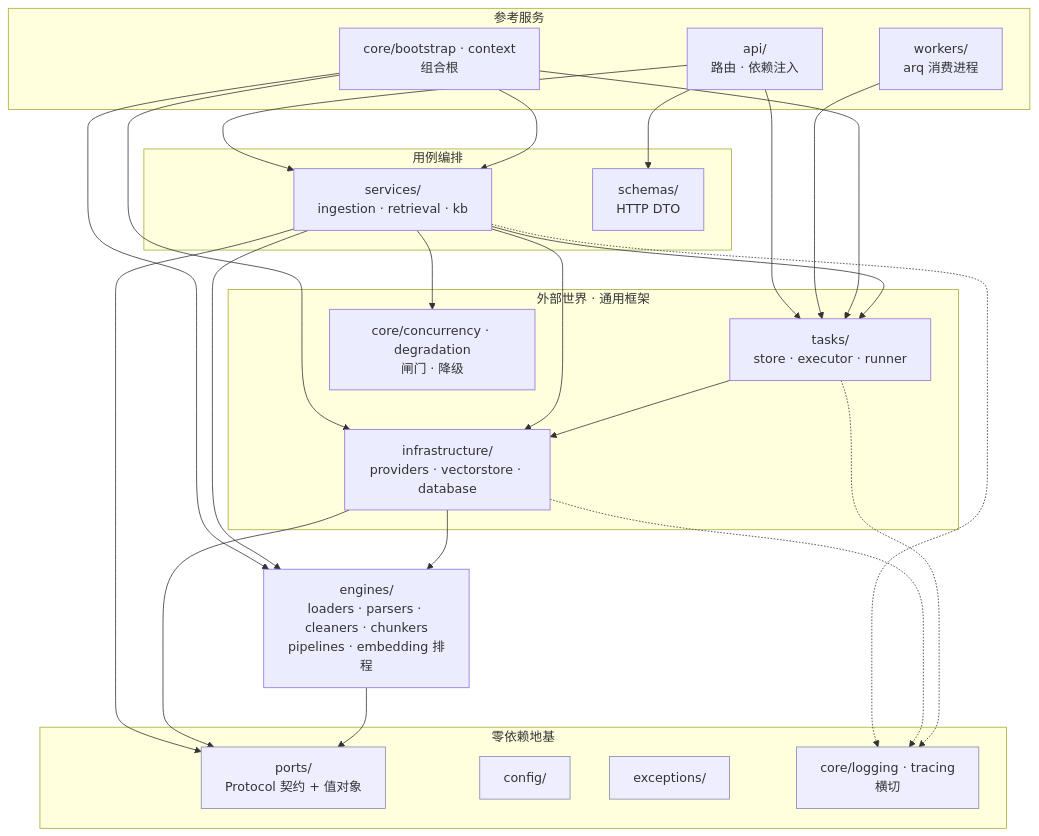
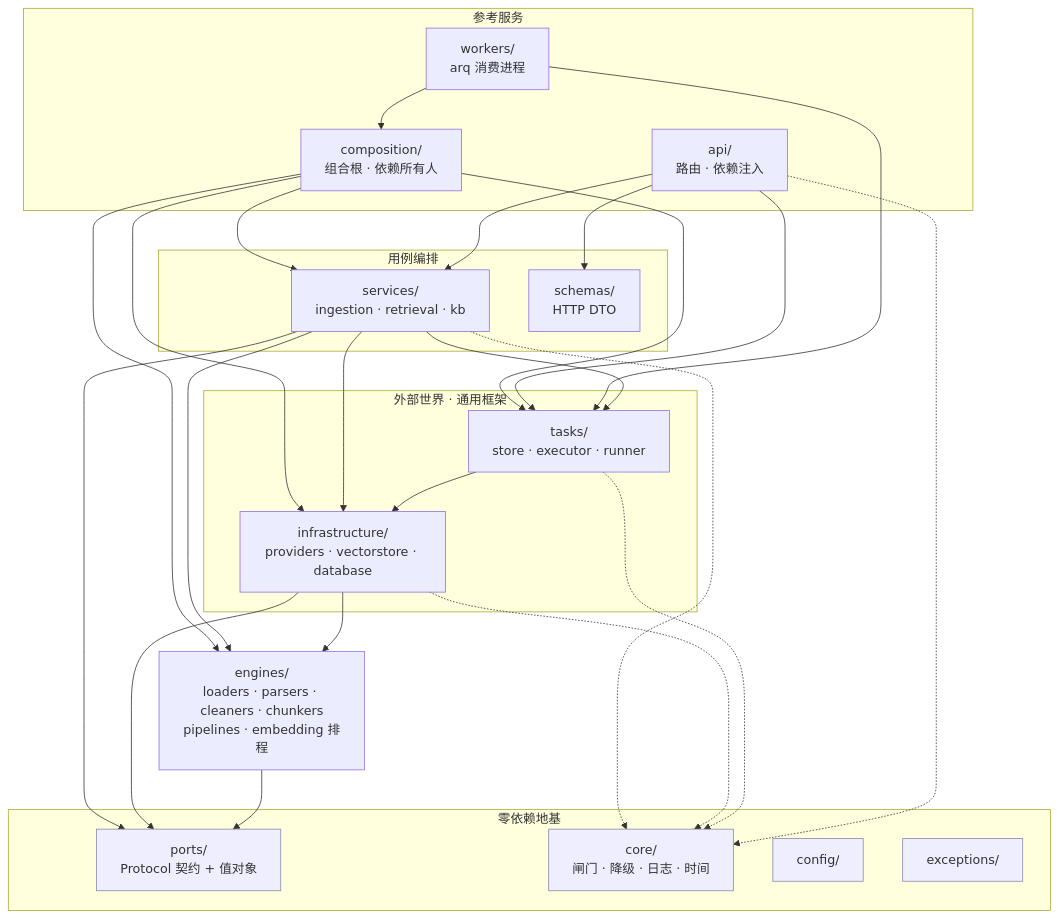
One commit to comet-7x/comet-rag changed the first of 3 diagrams in docs/structure.md. Above: the diagram before and after it, drawn with Mermaid. The commit also changed other lines of this file and 22 other files, not shown here.

````diff
--- a/docs/structure.md
+++ b/docs/structure.md
@@ -64,53 +67,53 @@
 ```mermaid
 flowchart TD
     subgraph SVC["参考服务"]
+        boot["composition/<br/>组合根 · 依赖所有人"]
         api["api/<br/>路由 · 依赖注入"]
         wrk["workers/<br/>arq 消费进程"]
-        boot["core/bootstrap · context<br/>组合根"]
     end
 
     subgraph UC["用例编排"]
         svc["services/<br/>ingestion · retrieval · kb"]
         sch["schemas/<br/>HTTP DTO"]
     end
 
     subgraph EXT["外部世界 · 通用框架"]
         infra["infrastructure/<br/>providers · vectorstore · database"]
         tsk["tasks/<br/>store · executor · runner"]
-        pol["core/concurrency · degradation<br/>闸门 · 降级"]
     end
 
     lib["engines/<br/>loaders · parsers · cleaners · chunkers<br/>pipelines · embedding 排程"]
 
     subgraph BASE["零依赖地基"]
         ports["ports/<br/>Protocol 契约 + 值对象"]
+        kernel["core/<br/>闸门 · 降级 · 日志 · 时间"]
         cfg["config/"]
         exc["exceptions/"]
-        log["core/logging · tracing<br/>横切"]
     end
 
+    boot --> svc
+    boot --> infra
+    boot --> tsk
+    boot --> lib
     api --> svc
     api --> tsk
     api --> sch
     wrk --> tsk
-    boot --> svc
-    boot --> infra
-    boot --> tsk
-    boot --> lib
+    wrk --> boot
     svc --> lib
     svc --> infra
     svc --> tsk
     svc --> ports
-    svc --> pol
     infra --> lib
     infra --> ports
     tsk --> infra
     lib --> ports
 
-    svc -.-> log
-    infra -.-> log
-    tsk -.-> log
+    svc -.-> kernel
+    infra -.-> kernel
+    tsk -.-> kernel
+    api -.-> kernel
 
     classDef base fill:#eef,stroke:#88a
-    class ports,cfg,exc,log base
+    class ports,kernel,cfg,exc base
 ```
````
